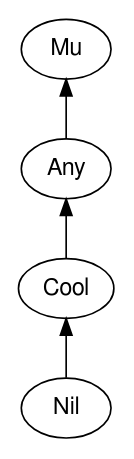
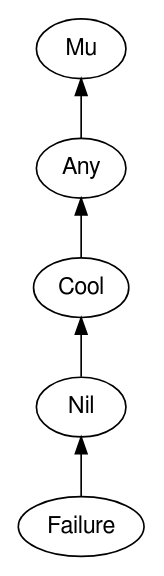
The diagram in images/type-graph-Nil.svg.dot (perl6docs/perl6docs.github.io), drawn with Graphviz before and after one commit. The commit also changed 4386 other files, not shown here.

Commit message:
Version with Failure graph

```diff
--- a/images/type-graph-Nil.svg.dot
+++ b/images/type-graph-Nil.svg.dot
@@ -1,17 +1,19 @@
 digraph "perl6-type-graph" {
     rankdir=BT;
     splines=polyline;
     overlap=false; 
     // Types
     "Nil" [color="#000000", fontcolor="#000000", href="/type/Nil", fontname="FreeSans"];
     "Mu" [color="#000000", fontcolor="#000000", href="/type/Mu", fontname="FreeSans"];
     "Any" [color="#000000", fontcolor="#000000", href="/type/Any", fontname="FreeSans"];
     "Cool" [color="#000000", fontcolor="#000000", href="/type/Cool", fontname="FreeSans"];
+    "Failure" [color="#000000", fontcolor="#000000", href="/type/Failure", fontname="FreeSans"];
 
     // Superclasses
     "Nil" -> "Cool" [color="#000000"];
     "Any" -> "Mu" [color="#000000"];
     "Cool" -> "Any" [color="#000000"];
+    "Failure" -> "Nil" [color="#000000"];
 
     // Roles
 }
```
